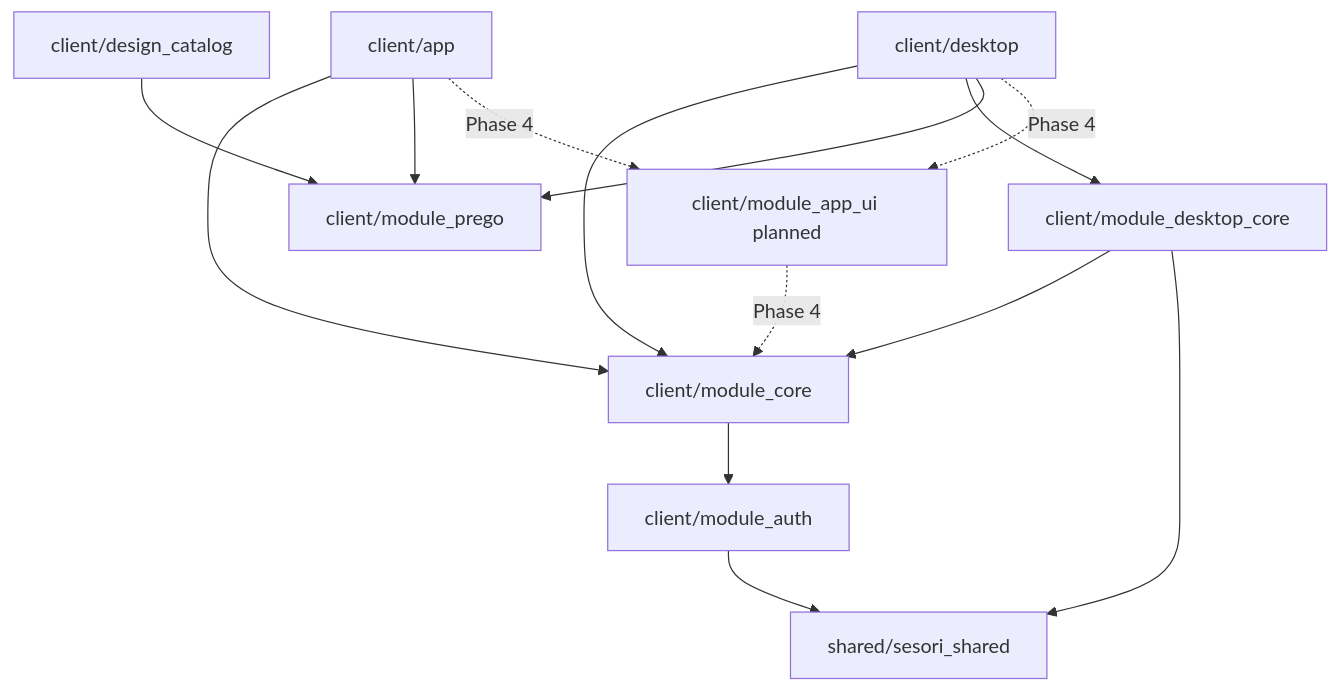
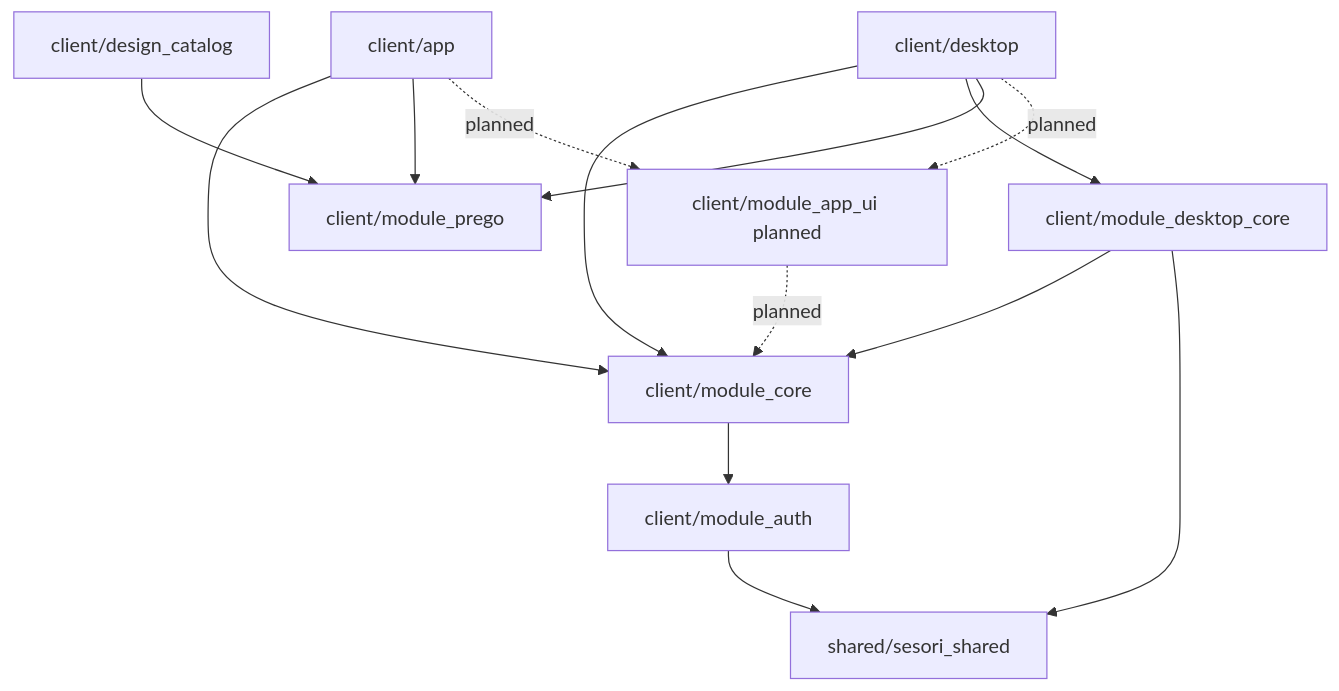
One commit to sesori-ai/sesori_apps_monorepo changed the diagram in client/README.md. Above: the diagram before and after it, drawn with Mermaid. The commit also changed other lines of this file and 19 other files, not shown here.

First line of the commit message:
🌿 [desktop-app] supersede the desktop plan with the supervisor+cockpit plan [step 1/22]

````diff
--- a/client/README.md
+++ b/client/README.md
@@ -23,19 +24,19 @@
 ```mermaid
 graph TD
   mobile[client/app] --> core[client/module_core]
   mobile --> prego[client/module_prego]
-  mobile -. "Phase 4" .-> app_ui[client/module_app_ui planned]
+  mobile -. "planned" .-> app_ui[client/module_app_ui planned]
 
   desktop[client/desktop] --> core
   desktop --> desktop_core[client/module_desktop_core]
   desktop --> prego
-  desktop -. "Phase 4" .-> app_ui
+  desktop -. "planned" .-> app_ui
 
   catalog[client/design_catalog] --> prego
 
-  app_ui -. "Phase 4" .-> core
+  app_ui -. "planned" .-> core
   desktop_core --> core
   desktop_core --> shared[shared/sesori_shared]
   core --> auth[client/module_auth]
   auth --> shared
 ```
````
